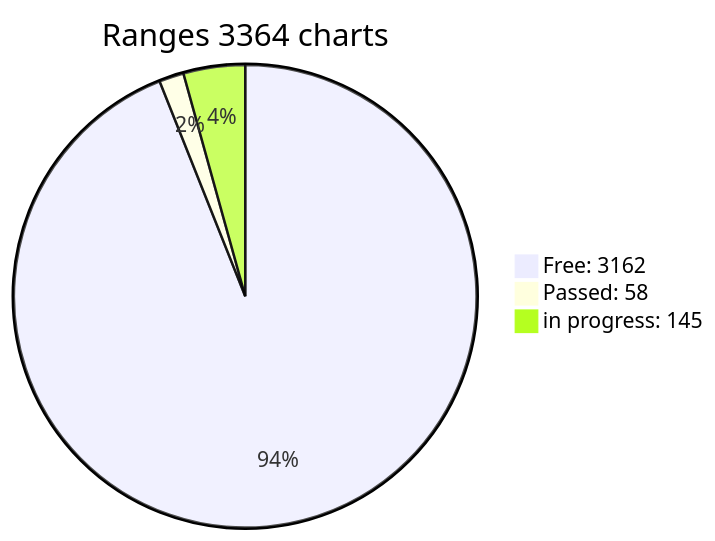
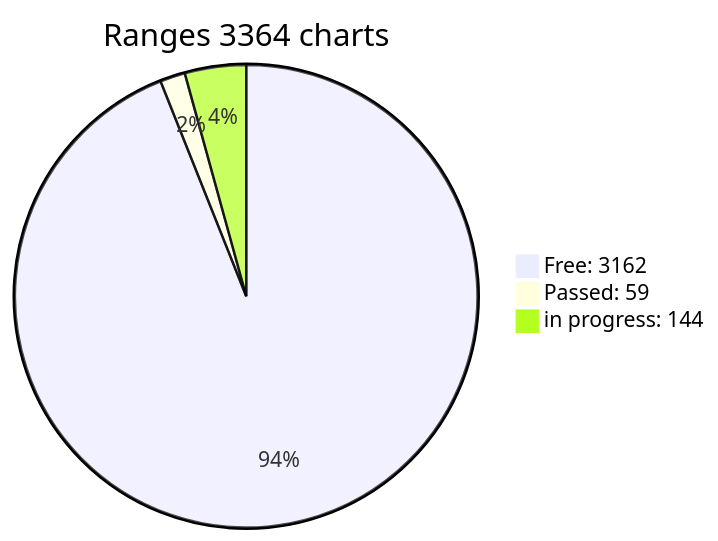
The diagram in x64/Release/table.md (jonlloner/wif500), drawn with Mermaid before and after one commit. The commit also changed other lines of this file, not shown here.

````diff
--- a/x64/Release/table.md
+++ b/x64/Release/table.md
@@ -3,6 +3,6 @@
 ```mermaid
 pie title Ranges 3364 charts
 "Free: 3162" : 3162
-"Passed: 58" : 58
-"in progress: 145" : 145
+"Passed: 59" : 59
+"in progress: 144" : 144
 ```  
````
